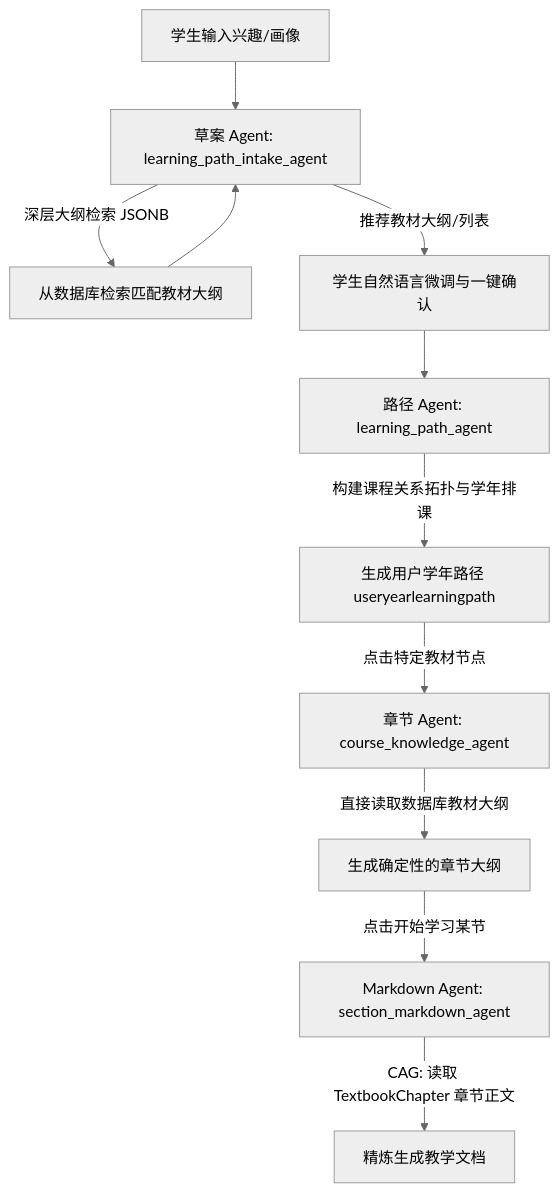
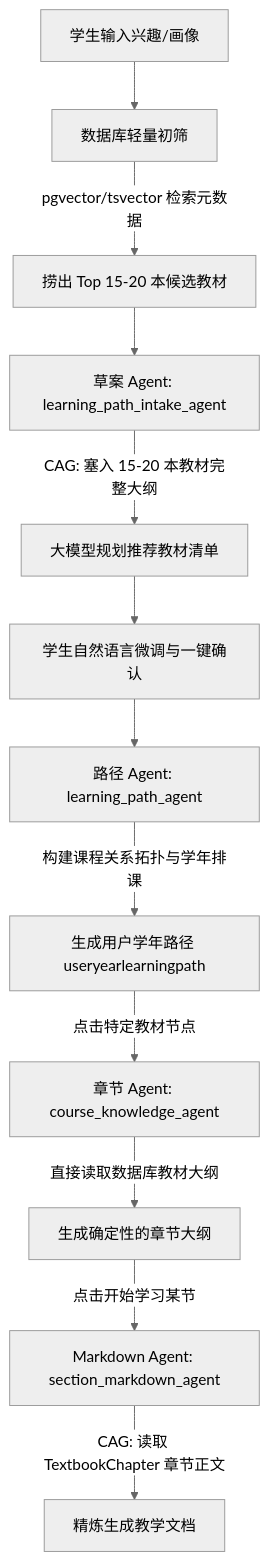
Before and after one commit to innovationpuls-creator/mutiagent: the diagram in docs/superpowers/specs/2026-06-27-rag-knowledge-base-design.md, drawn with Mermaid (neutral theme). The commit also changed other lines of this file, not shown here.

Commit message:
docs: update spec to use retrieval-guided CAG hybrid workflow

````diff
--- a/docs/superpowers/specs/2026-06-27-rag-knowledge-base-design.md
+++ b/docs/superpowers/specs/2026-06-27-rag-knowledge-base-design.md
@@ -11,13 +11,14 @@
 ```mermaid
 graph TD
-  A[学生输入兴趣/画像] --> B[草案 Agent: learning_path_intake_agent]
-  B -->|深层大纲检索 JSONB| C[从数据库检索匹配教材大纲]
-  C --> B
-  B -->|推荐教材大纲/列表| D[学生自然语言微调与一键确认]
-  D --> E[路径 Agent: learning_path_agent]
-  E -->|构建课程关系拓扑与学年排课| F[生成用户学年路径 useryearlearningpath]
-  F -->|点击特定教材节点| G[章节 Agent: course_knowledge_agent]
-  G -->|直接读取数据库教材大纲| H[生成确定性的章节大纲]
-  H -->|点击开始学习某节| I[Markdown Agent: section_markdown_agent]
-  I -->|CAG: 读取 TextbookChapter 章节正文| J[精炼生成教学文档]
+  A[学生输入兴趣/画像] --> B[数据库轻量初筛]
+  B -->|pgvector/tsvector 检索元数据| C[捞出 Top 15-20 本候选教材]
+  C --> D[草案 Agent: learning_path_intake_agent]
+  D -->|CAG: 塞入 15-20 本教材完整大纲| E[大模型规划推荐教材清单]
+  E --> F[学生自然语言微调与一键确认]
+  F --> G[路径 Agent: learning_path_agent]
+  G -->|构建课程关系拓扑与学年排课| H[生成用户学年路径 useryearlearningpath]
+  H -->|点击特定教材节点| I[章节 Agent: course_knowledge_agent]
+  I -->|直接读取数据库教材大纲| J[生成确定性的章节大纲]
+  J -->|点击开始学习某节| K[Markdown Agent: section_markdown_agent]
+  K -->|CAG: 读取 TextbookChapter 章节正文| L[精炼生成教学文档]
 ```
````
